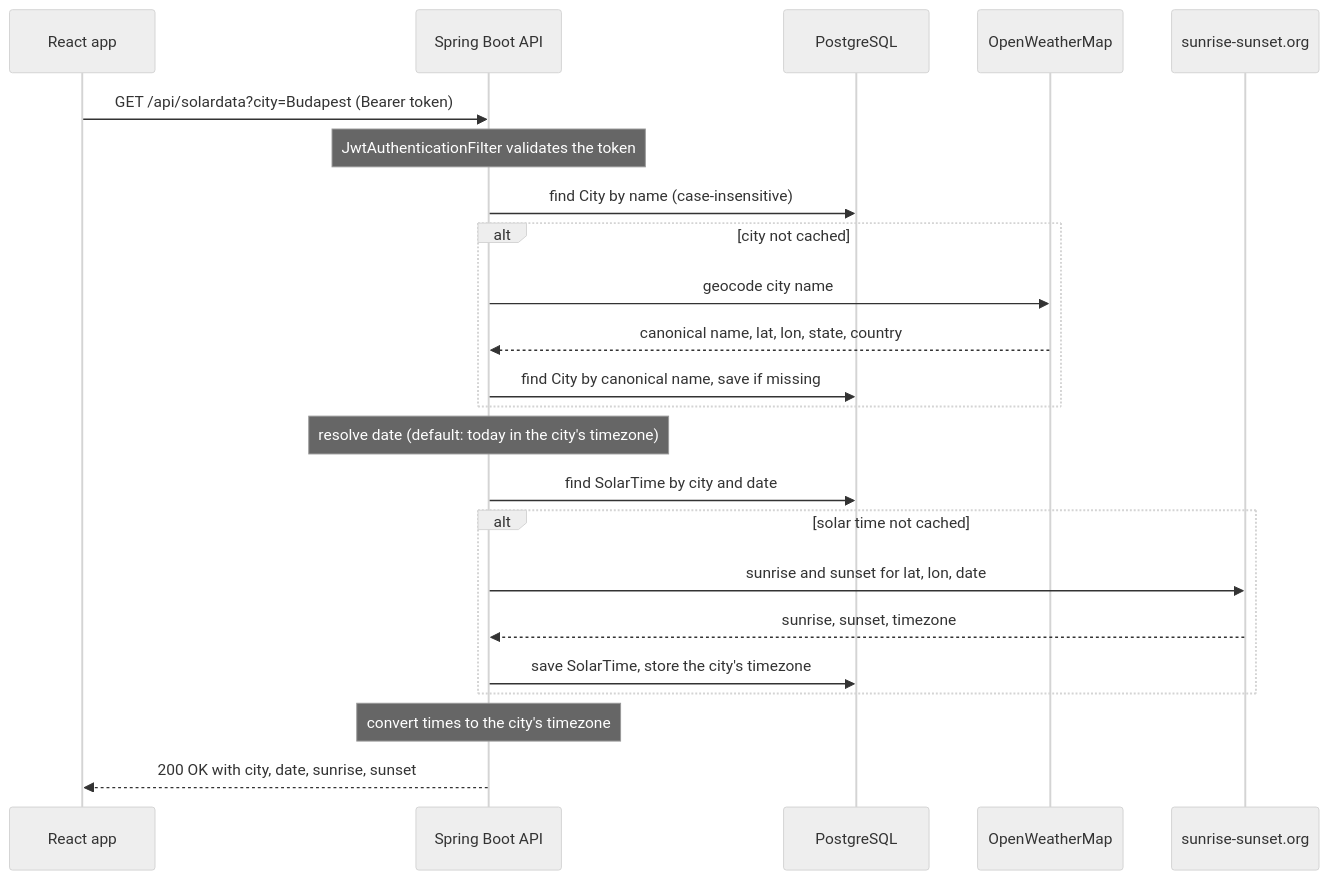
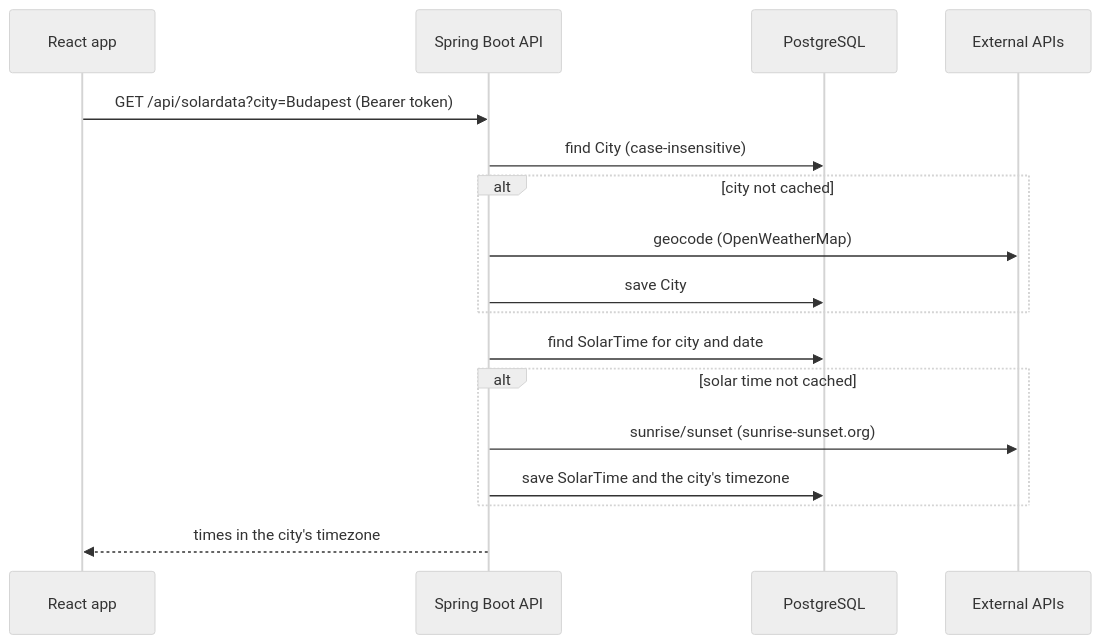
The first of 2 diagrams in README.md (bucystoni/solar-watch), drawn with Mermaid (neutral theme) before and after one commit. The commit also changed other lines of this file, not shown here.

````diff
--- a/README.md
+++ b/README.md
@@ -49,26 +37,20 @@
 ```mermaid
 sequenceDiagram
     participant UI as React app
     participant API as Spring Boot API
     participant DB as PostgreSQL
-    participant Geo as OpenWeatherMap
-    participant Sun as sunrise-sunset.org
+    participant Ext as External APIs
 
     UI->>API: GET /api/solardata?city=Budapest (Bearer token)
-    Note over API: JwtAuthenticationFilter validates the token
-    API->>DB: find City by name (case-insensitive)
+    API->>DB: find City (case-insensitive)
     alt city not cached
-        API->>Geo: geocode city name
-        Geo-->>API: canonical name, lat, lon, state, country
-        API->>DB: find City by canonical name, save if missing
+        API->>Ext: geocode (OpenWeatherMap)
+        API->>DB: save City
     end
-    Note over API: resolve date (default: today in the city's timezone)
-    API->>DB: find SolarTime by city and date
+    API->>DB: find SolarTime for city and date
     alt solar time not cached
-        API->>Sun: sunrise and sunset for lat, lon, date
-        Sun-->>API: sunrise, sunset, timezone
-        API->>DB: save SolarTime, store the city's timezone
+        API->>Ext: sunrise/sunset (sunrise-sunset.org)
+        API->>DB: save SolarTime and the city's timezone
     end
-    Note over API: convert times to the city's timezone
-    API-->>UI: 200 OK with city, date, sunrise, sunset
+    API-->>UI: times in the city's timezone
 ```
````
